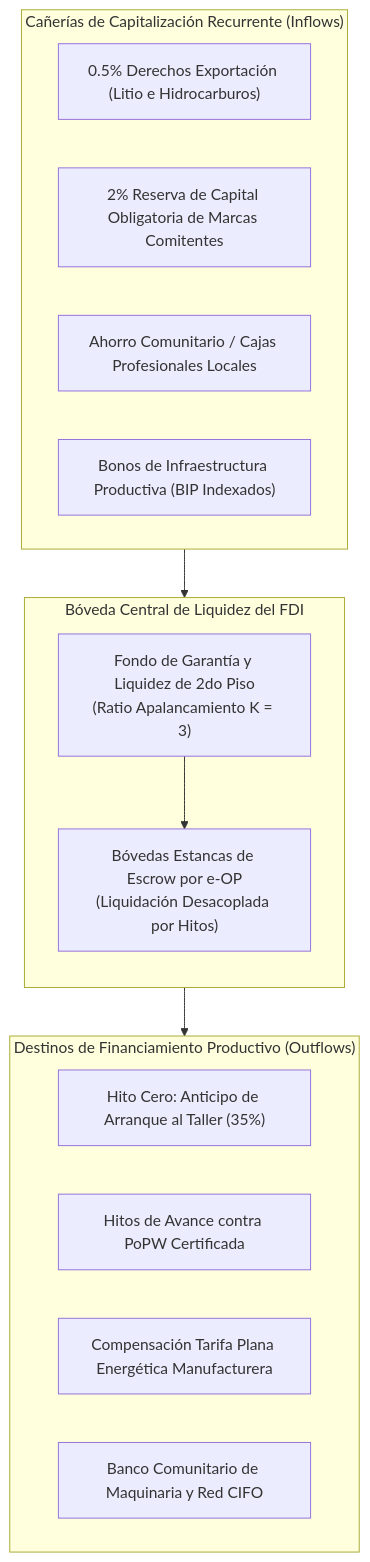
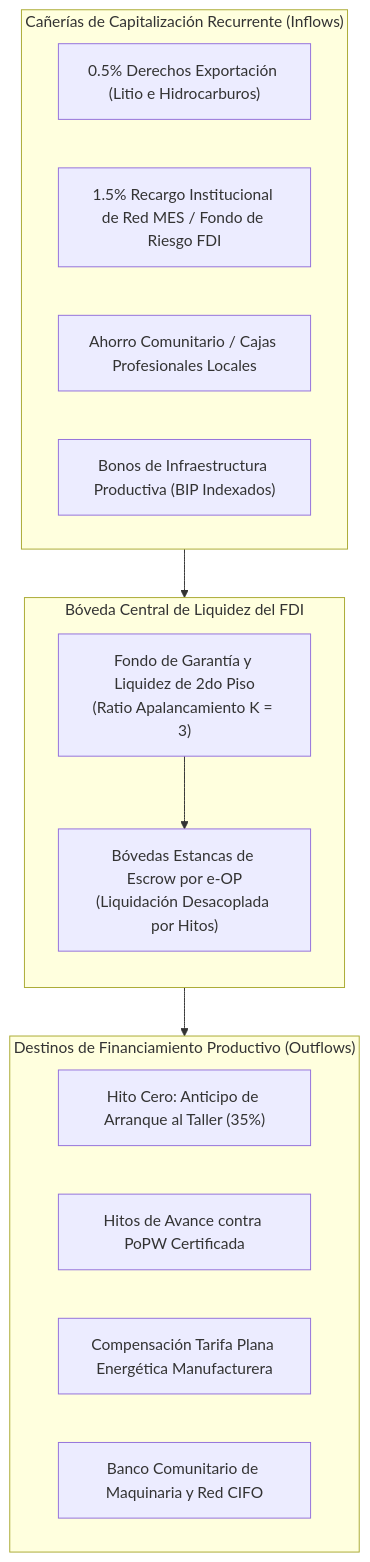
Before and after one commit to sarthouse/indinopy: the fourth of 6 diagrams in docs/md/paper_protocolo_eop_gobernanza_industrial.md, drawn with Mermaid. The commit also changed other lines of this file and 24 other files, not shown here.

````diff
--- a/docs/md/paper_protocolo_eop_gobernanza_industrial.md
+++ b/docs/md/paper_protocolo_eop_gobernanza_industrial.md
@@ -280,26 +309,27 @@
 ```mermaid
 flowchart TD
     subgraph INFLOWS["Cañerías de Capitalización Recurrente (Inflows)"]
         F1["0.5% Derechos Exportación (Litio e Hidrocarburos)"]
-        F2["2% Reserva de Capital Obligatoria de Marcas Comitentes"]
+        F2["1.5% Recargo Institucional de Red MES / Fondo de Riesgo FDI"]
         F3["Ahorro Comunitario / Cajas Profesionales Locales"]
         F4["Bonos de Infraestructura Productiva (BIP Indexados)"]
     end
+
 
     subgraph FDI_VAULT["Bóveda Central de Liquidez del FDI"]
         direction TB
         POOL["Fondo de Garantía y Liquidez de 2do Piso\n(Ratio Apalancamiento K = 3)"]
         ESCROW["Bóvedas Estancas de Escrow por e-OP\n(Liquidación Desacoplada por Hitos)"]
     end
 
     subgraph OUTFLOWS["Destinos de Financiamiento Productivo (Outflows)"]
         P1["Hito Cero: Anticipo de Arranque al Taller (35%)"]
         P2["Hitos de Avance contra PoPW Certificada"]
         P3["Compensación Tarifa Plana Energética Manufacturera"]
         P4["Banco Comunitario de Maquinaria y Red CIFO"]
     end
 
     INFLOWS --> POOL
     POOL --> ESCROW
     ESCROW --> OUTFLOWS
 ```
````
